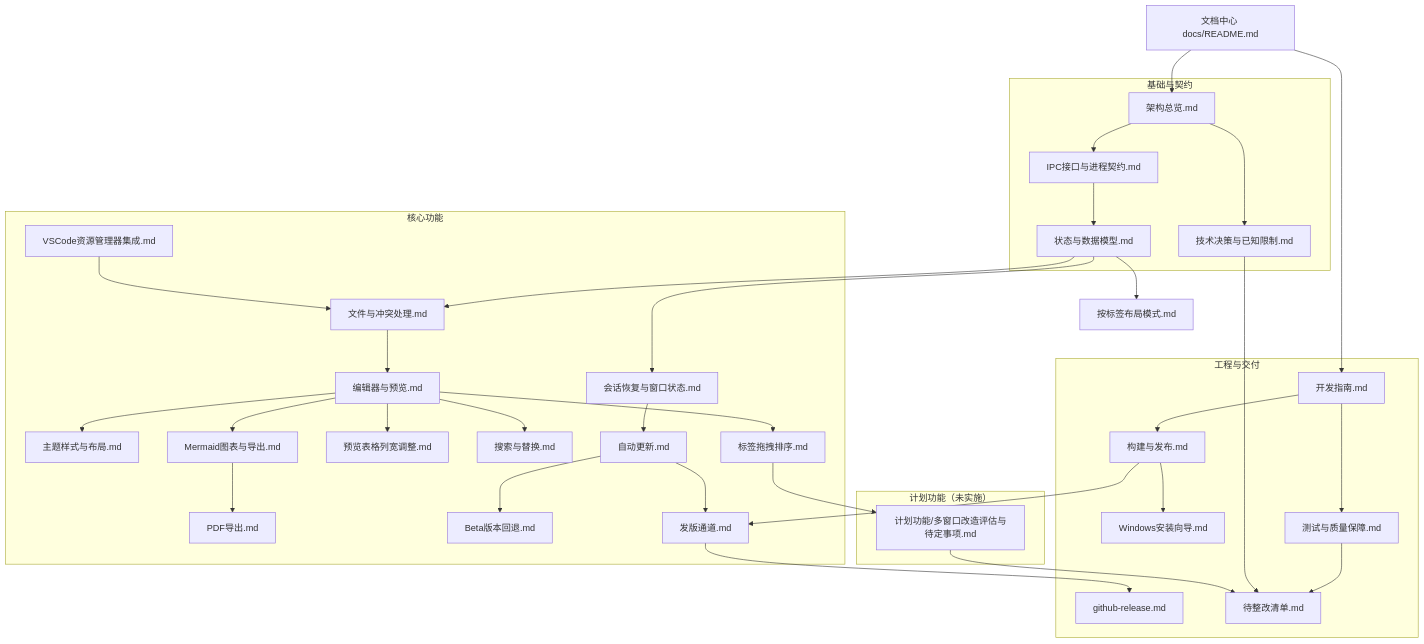
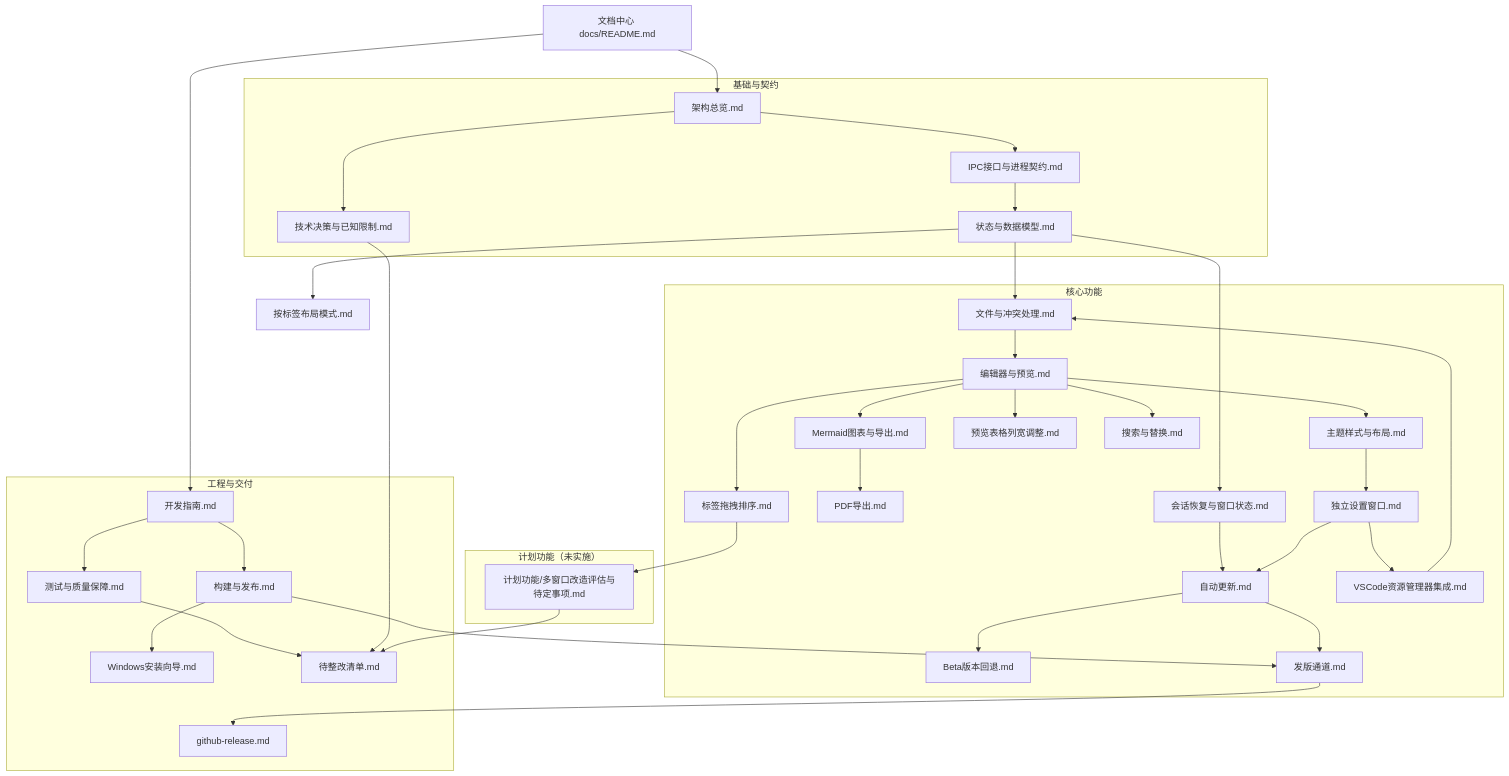
The diagram in docs/README.md (Harley-xk/mark-it), drawn with Mermaid before and after one commit. The commit also changed other lines of this file and 38 other files, not shown here.

````diff
--- a/docs/README.md
+++ b/docs/README.md
@@ -14,69 +14,73 @@
 ```mermaid
 flowchart TD
   IDX["文档中心 docs/README.md"]
 
   subgraph 基础与契约
     ARCH["架构总览.md"]
     DEC["技术决策与已知限制.md"]
     IPC["IPC接口与进程契约.md"]
     DATA["状态与数据模型.md"]
   end
 
   subgraph 核心功能
     FILE["文件与冲突处理.md"]
     SESSION["会话恢复与窗口状态.md"]
     EDIT["编辑器与预览.md"]
     THEME["主题样式与布局.md"]
     MERMAID["Mermaid图表与导出.md"]
     PDF["PDF导出.md"]
     TABLE["预览表格列宽调整.md"]
     SEARCH["搜索与替换.md"]
     TABORDER["标签拖拽排序.md"]
     UPDATE["自动更新.md"]
     ROLLBACK["Beta版本回退.md"]
     CHANNEL["发版通道.md"]
     VSCODE["VSCode资源管理器集成.md"]
+    SETTINGS["独立设置窗口.md"]
   end
 
   subgraph 工程与交付
     BUILD["构建与发布.md"]
     INSTALLER["Windows安装向导.md"]
     RELEASE["github-release.md"]
     DEV["开发指南.md"]
     QA["测试与质量保障.md"]
     TODO["待整改清单.md"]
   end
 
   subgraph PLANNED["计划功能（未实施）"]
     MULTI["计划功能/多窗口改造评估与待定事项.md"]
   end
 
   IDX --> ARCH
   IDX --> DEV
   ARCH --> DEC
   ARCH --> IPC
   IPC --> DATA
   DATA --> FILE
   DATA --> SESSION
   DATA --> LAYOUT["按标签布局模式.md"]
   FILE --> EDIT
   EDIT --> THEME
   EDIT --> MERMAID
   EDIT --> TABLE
   EDIT --> SEARCH
   EDIT --> TABORDER
   MERMAID --> PDF
   SESSION --> UPDATE
   UPDATE --> ROLLBACK
   UPDATE --> CHANNEL
+  THEME --> SETTINGS
+  SETTINGS --> UPDATE
+  SETTINGS --> VSCODE
   VSCODE --> FILE
   DEV --> QA
   DEV --> BUILD
   BUILD --> INSTALLER
   BUILD --> CHANNEL
   CHANNEL --> RELEASE
   QA --> TODO
   DEC --> TODO
   TABORDER --> MULTI
   MULTI --> TODO
 ```
````
